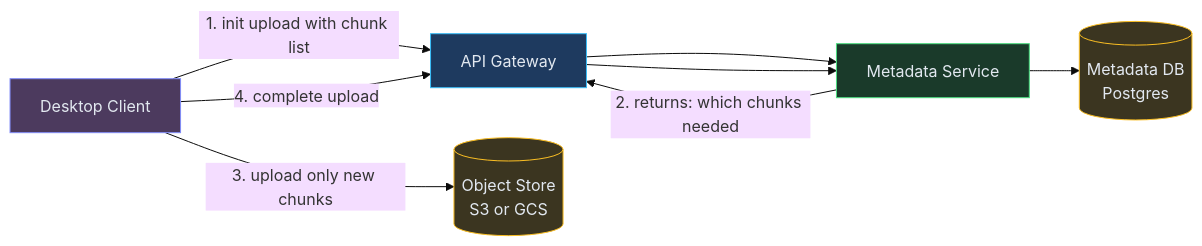
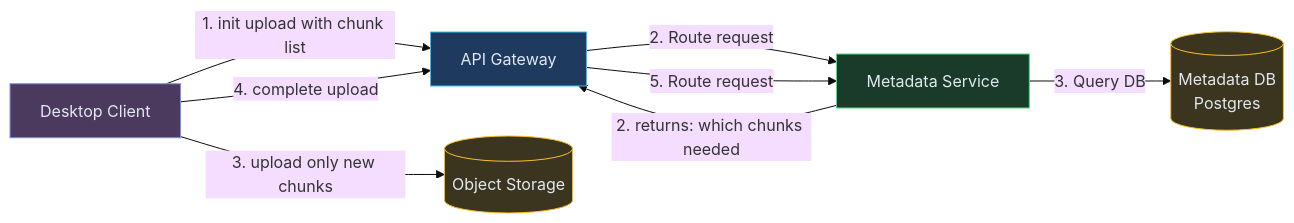
Before and after one commit to iluzn/HLD-Designs: the second of 7 diagrams in content/hld/Dropbox.md, drawn with Mermaid (base theme). The commit also changed other lines of this file and 27 other files, not shown here.

````diff
--- a/content/hld/Dropbox.md
+++ b/content/hld/Dropbox.md
@@ -165,21 +165,21 @@
 ```mermaid
 flowchart LR
     CLIENT["Desktop Client"]:::client
     API["API Gateway"]:::edge
     META["Metadata Service"]:::service
-    OBJSTORE[("Object Store<br/>S3 or GCS")]:::data
+    OBJSTORE[("Object Storage")]:::data
     METADB[("Metadata DB<br/>Postgres")]:::data
 
     CLIENT -->|"1. init upload with chunk list"| API
-    API --> META
-    META --> METADB
+    API -->|"2. Route request"| META
+    META -->|"3. Query DB"| METADB
     META -->|"2. returns: which chunks needed"| API
     CLIENT -->|"3. upload only new chunks"| OBJSTORE
     CLIENT -->|"4. complete upload"| API
-    API --> META
+    API -->|"5. Route request"| META
 
     classDef client fill:#4c3a5e,stroke:#818cf8,color:#e2e8f0
     classDef edge fill:#1e3a5f,stroke:#38bdf8,color:#e2e8f0
     classDef service fill:#1a3a2a,stroke:#4ade80,color:#e2e8f0
     classDef data fill:#3b3520,stroke:#fbbf24,color:#e2e8f0
 ```
````
